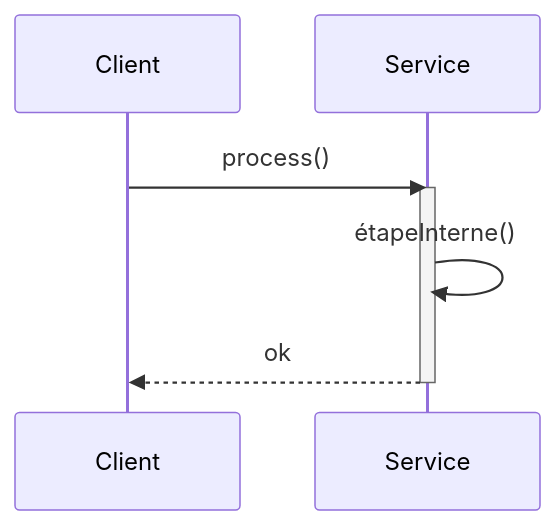
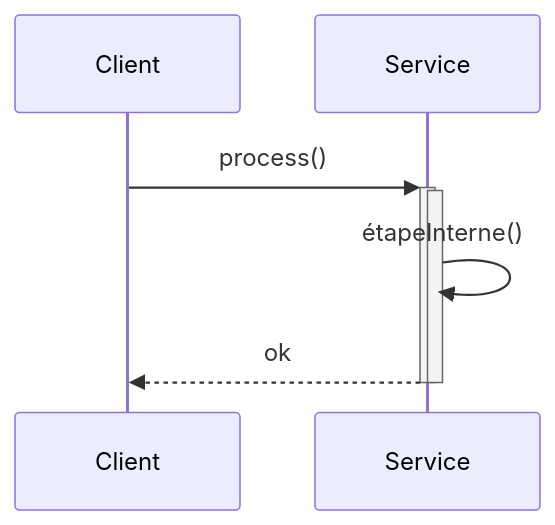
One commit to ophenix-maisonneuve/420-930-ma-site-web changed the fifth of 10 diagrams in _notes/uml/uml-sequence.md. Above: the diagram before and after it, drawn with Mermaid. The commit also changed other lines of this file, not shown here.

Commit message:
ajout des notes de cours sur le diagramme de séquence

````diff
--- a/_notes/uml/uml-sequence.md
+++ b/_notes/uml/uml-sequence.md
@@ -72,8 +70,8 @@
 ```mermaid
 sequenceDiagram
-Client ->> Service : process()
+Client ->>+ Service : process()
 activate Service
 Service ->> Service : étapeInterne()
-Service -->> Client : ok
+Service -->>- Client : ok
 deactivate Service
 ```
````
